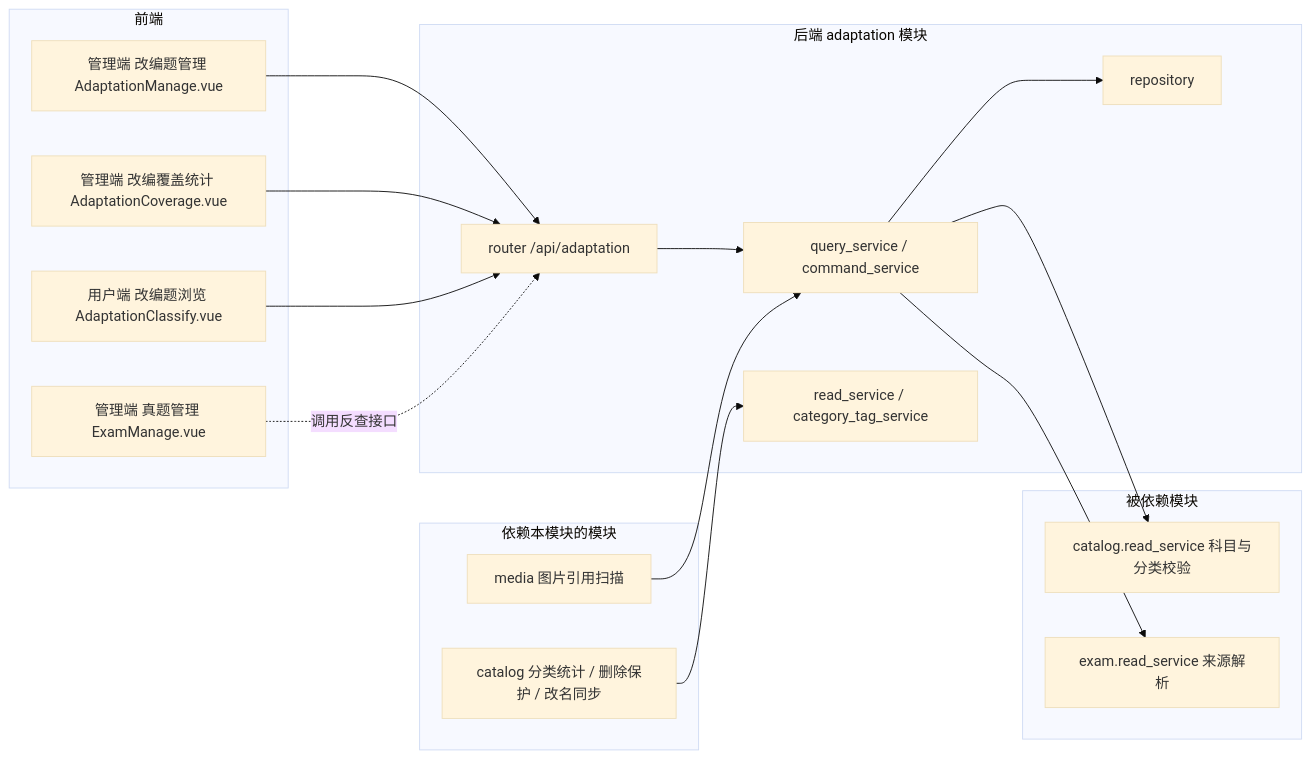
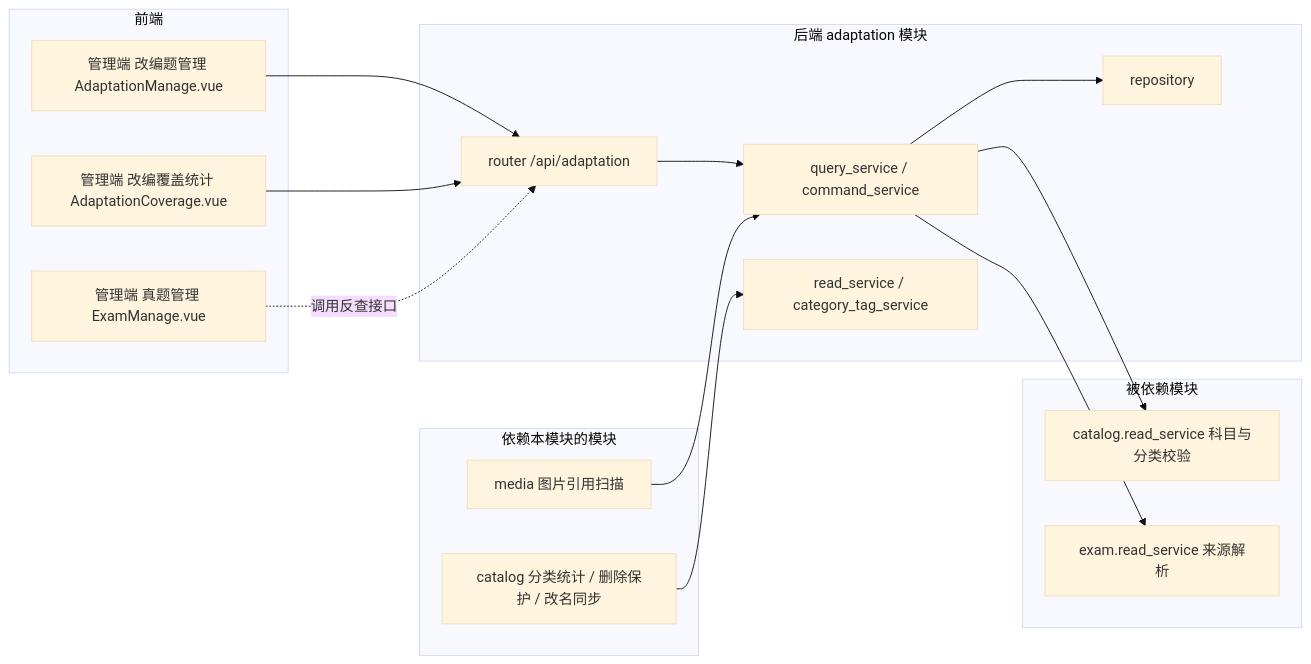
Before and after one commit to ddll8023/408web: the first of 5 diagrams in doc/模块/真题改编模块开发设计.md, drawn with Mermaid (base theme). The commit also changed other lines of this file and 16 other files, not shown here.

````diff
--- a/doc/模块/真题改编模块开发设计.md
+++ b/doc/模块/真题改编模块开发设计.md
@@ -103,37 +99,35 @@
 ```mermaid
 flowchart LR
     subgraph FE[前端]
         FE1[管理端 改编题管理 AdaptationManage.vue]
         FE2[管理端 改编覆盖统计 AdaptationCoverage.vue]
-        FE3[用户端 改编题浏览 AdaptationClassify.vue]
-        FE4[管理端 真题管理 ExamManage.vue]
+        FE3[管理端 真题管理 ExamManage.vue]
     end
 
     subgraph BE[后端 adaptation 模块]
         BE1[router /api/adaptation]
         BE2[query_service / command_service]
         BE3[read_service / category_tag_service]
         BE4[repository]
     end
 
     subgraph DEP[被依赖模块]
         D1[catalog.read_service 科目与分类校验]
         D2[exam.read_service 来源解析]
     end
 
     subgraph UP[依赖本模块的模块]
         U1[catalog 分类统计 / 删除保护 / 改名同步]
         U2[media 图片引用扫描]
     end
 
     FE1 --> BE1
     FE2 --> BE1
-    FE3 --> BE1
-    FE4 -. 调用反查接口 .-> BE1
+    FE3 -. 调用反查接口 .-> BE1
     BE1 --> BE2
     BE2 --> BE4
     BE2 --> D1
     BE2 --> D2
     U1 --> BE3
     U2 --> BE2
 ```
````
